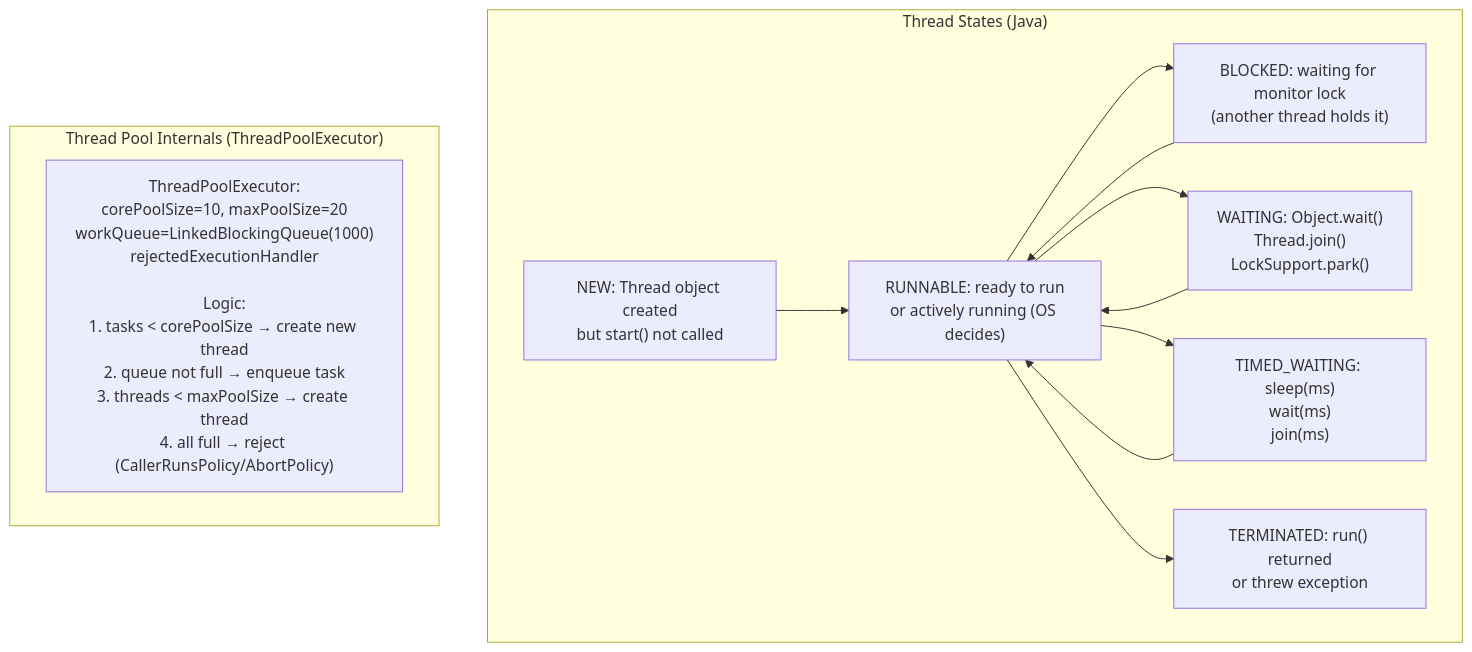
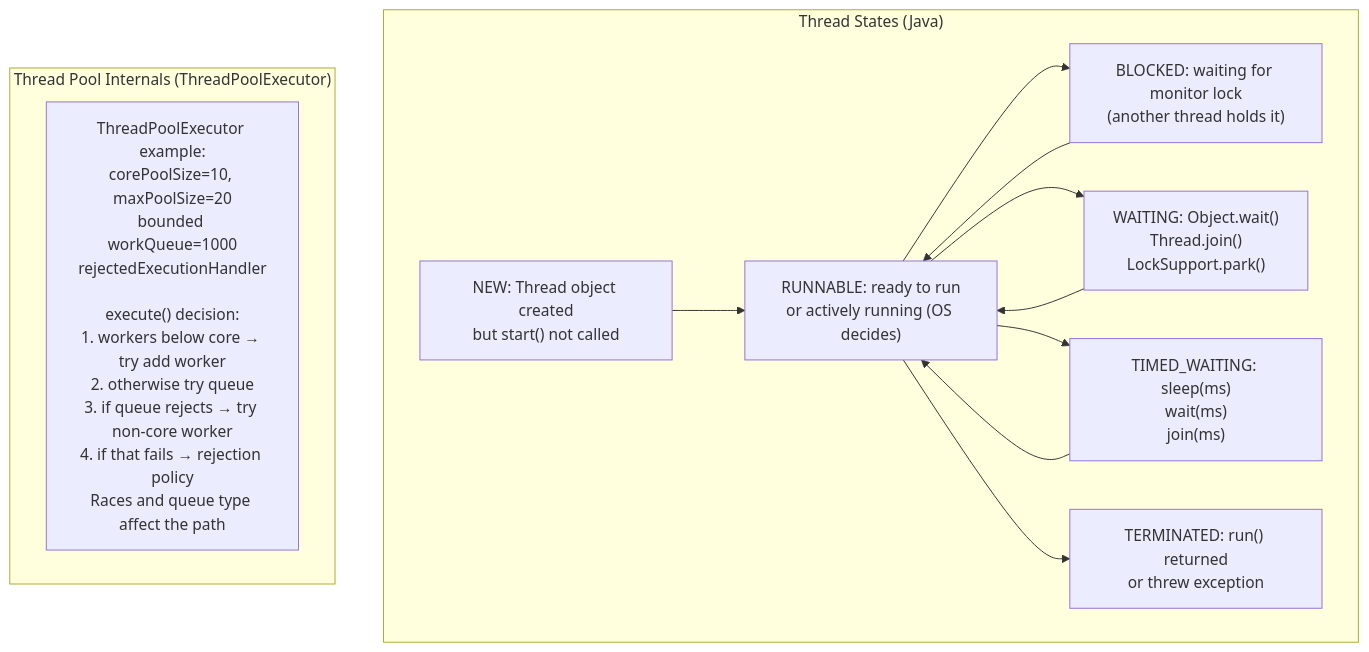
One commit to choisimo/document changed the fourth of 21 diagrams in content/docs/books/cs-reference/ko/software-engineering-internals.md. Above: the diagram before and after it, drawn with Mermaid. The commit also changed other lines of this file and 504 other files, not shown here.

````diff
--- a/content/docs/books/cs-reference/ko/software-engineering-internals.md
+++ b/content/docs/books/cs-reference/ko/software-engineering-internals.md
@@ -70,19 +78,19 @@
 ```mermaid
 flowchart TD
     subgraph "Thread States (Java)"
         NEW["NEW: Thread object created\nbut start() not called"]
         RUNNABLE["RUNNABLE: ready to run\nor actively running (OS decides)"]
         BLOCKED["BLOCKED: waiting for monitor lock\n(another thread holds it)"]
         WAITING["WAITING: Object.wait()\nThread.join()\nLockSupport.park()"]
         TIMED_WAITING["TIMED_WAITING: sleep(ms)\nwait(ms)\njoin(ms)"]
         TERMINATED["TERMINATED: run() returned\nor threw exception"]
     end
     NEW --> RUNNABLE
     RUNNABLE --> BLOCKED & WAITING & TIMED_WAITING
     BLOCKED & WAITING & TIMED_WAITING --> RUNNABLE
     RUNNABLE --> TERMINATED
 
     subgraph "Thread Pool Internals (ThreadPoolExecutor)"
-        TPE["ThreadPoolExecutor:\ncorePoolSize=10, maxPoolSize=20\nworkQueue=LinkedBlockingQueue(1000)\nrejectedExecutionHandler\n\nLogic:\n1. tasks < corePoolSize → create new thread\n2. queue not full → enqueue task\n3. threads < maxPoolSize → create thread\n4. all full → reject (CallerRunsPolicy/AbortPolicy)"]
+        TPE["ThreadPoolExecutor example:\ncorePoolSize=10, maxPoolSize=20\nbounded workQueue=1000\nrejectedExecutionHandler\n\nexecute() decision:\n1. workers below core → try add worker\n2. otherwise try queue\n3. if queue rejects → try non-core worker\n4. if that fails → rejection policy\nRaces and queue type affect the path"]
     end
 ```
````
